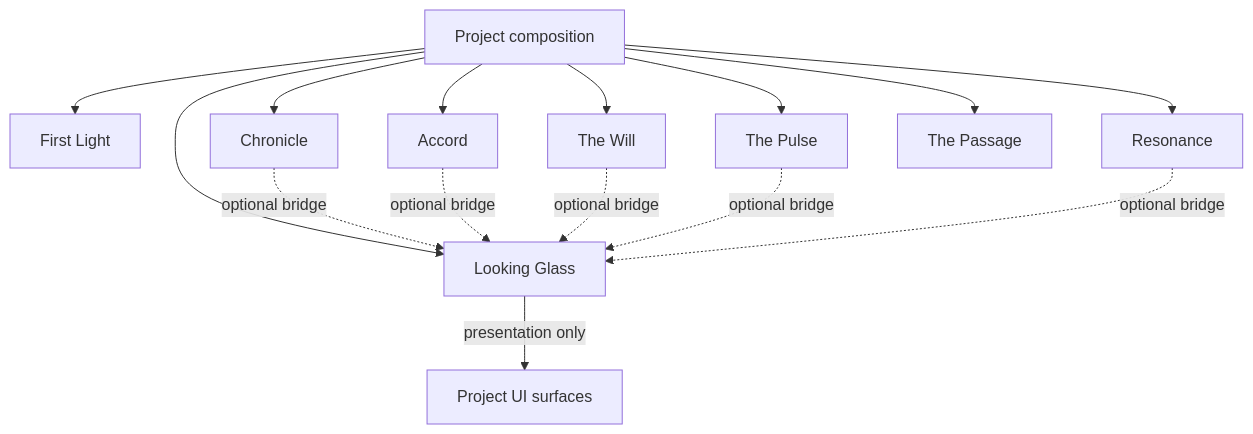
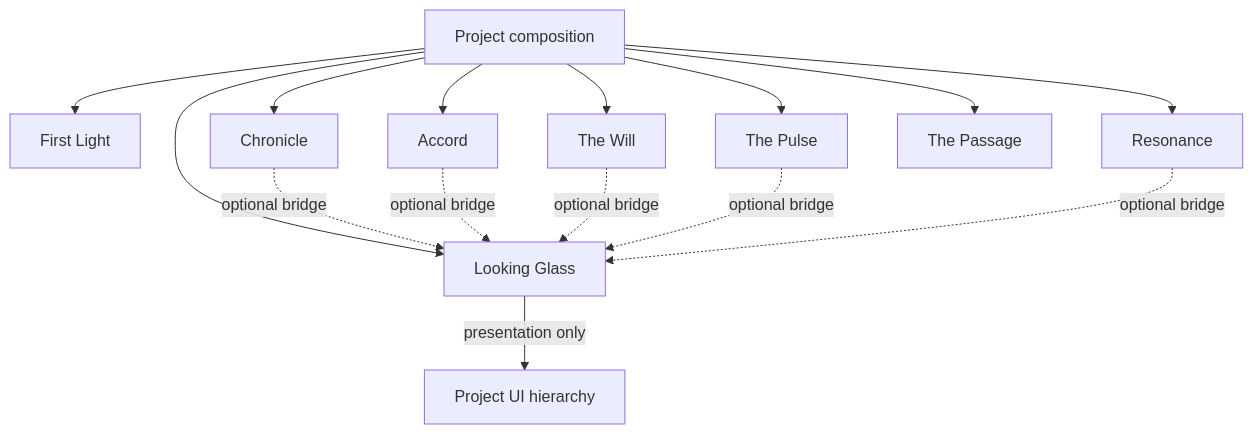
The second of 2 diagrams in Plan Documentation/Suite_Graph_Roadmap.md (echodevgames/The-Sperk-Forge), drawn with Mermaid before and after one commit. The commit also changed other lines of this file and 4 other files, not shown here.

````diff
--- a/Plan Documentation/Suite_Graph_Roadmap.md
+++ b/Plan Documentation/Suite_Graph_Roadmap.md
@@ -48,19 +71,19 @@
 ```mermaid
 flowchart TD
     P[Project composition] --> FL[First Light]
     P --> UI[Looking Glass]
     P --> SAVE[Chronicle]
     P --> SET[Accord]
     P --> AUDIO[Resonance]
     P --> INPUT[The Will]
     P --> STATE[The Pulse]
     P --> FLOW[The Passage]
 
     SAVE -. optional bridge .-> UI
     SET -. optional bridge .-> UI
     INPUT -. optional bridge .-> UI
     STATE -. optional bridge .-> UI
     AUDIO -. optional bridge .-> UI
 
-    UI -->|presentation only| SURF[Project UI surfaces]
+    UI -->|presentation only| SURF[Project UI hierarchy]
 ```
````
